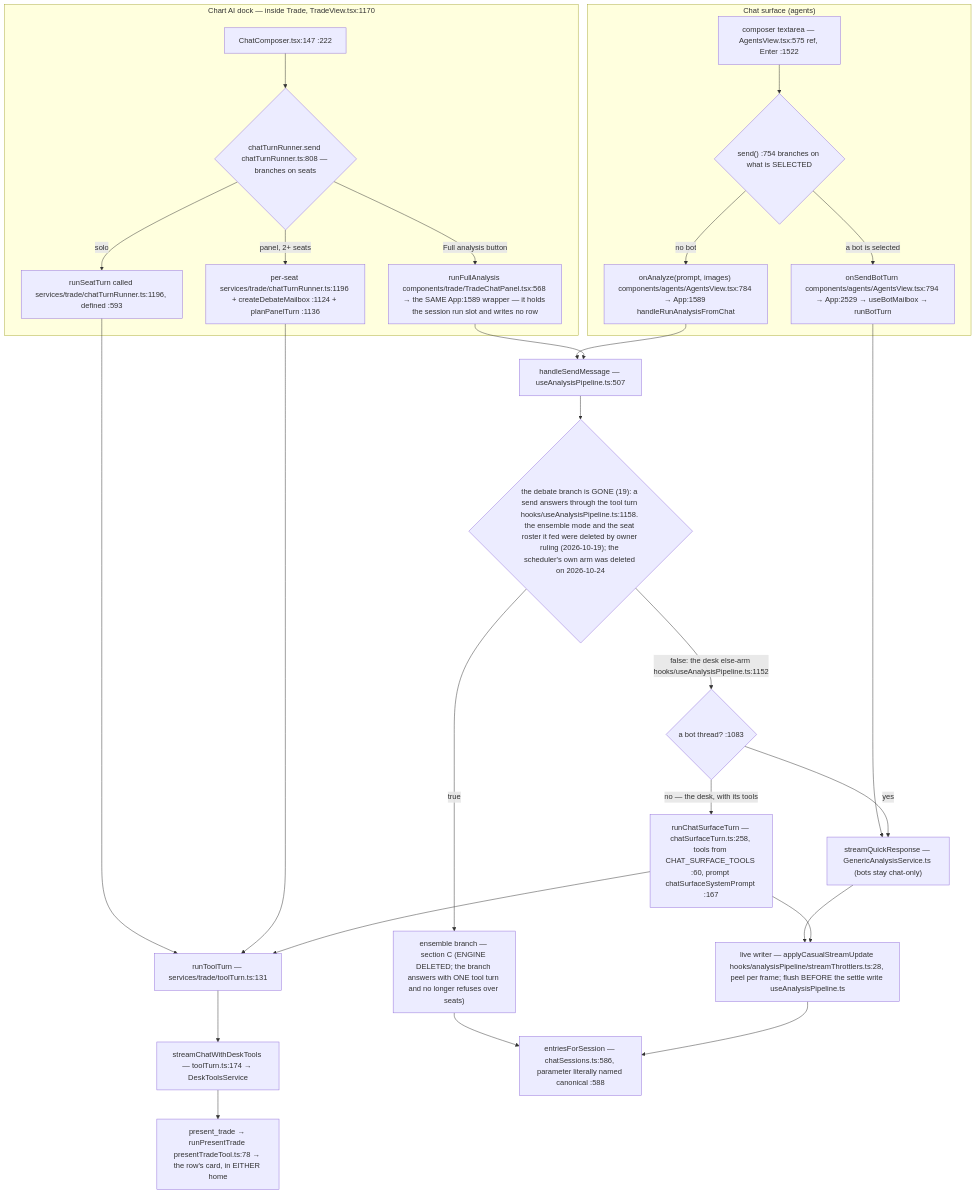
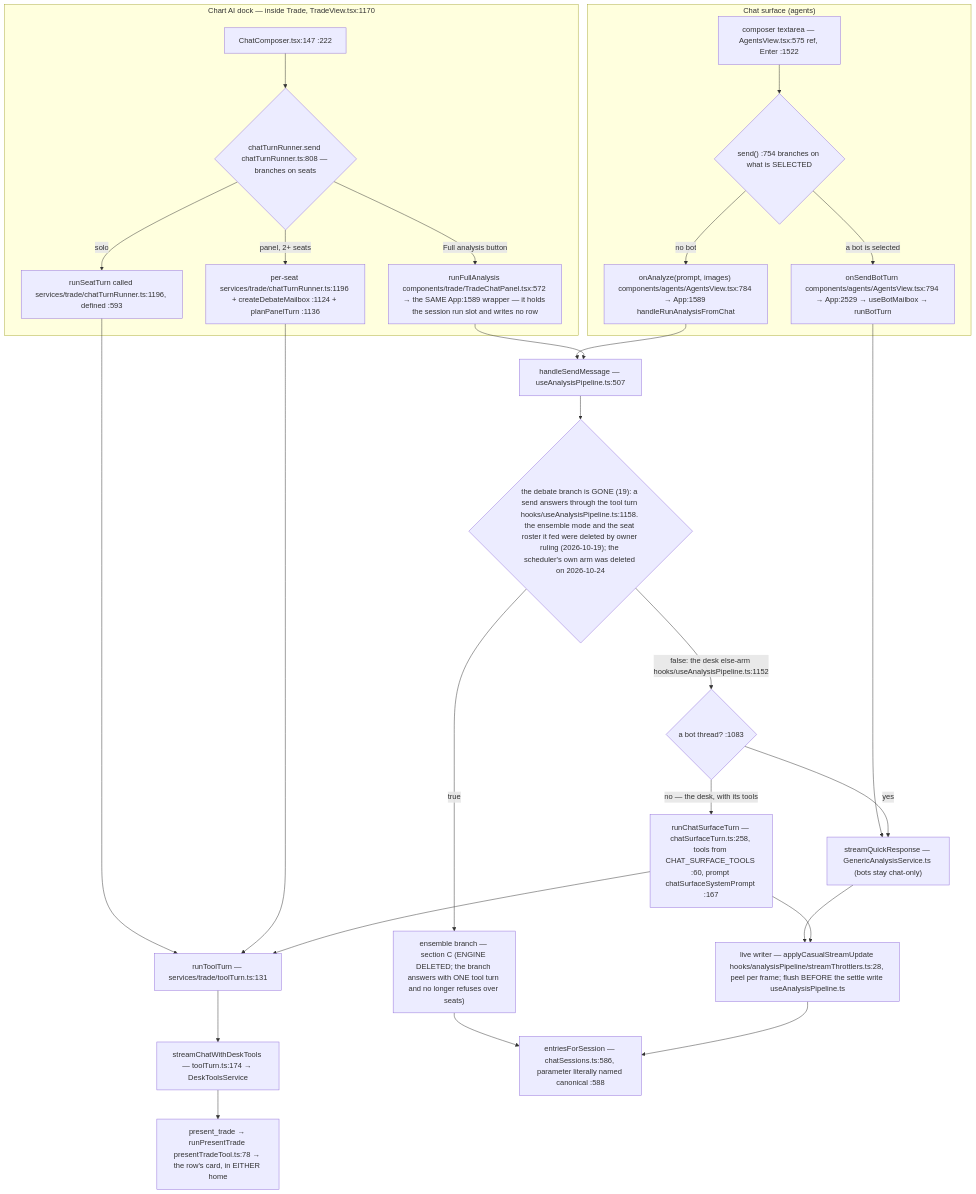
The second of 8 diagrams in docs/app-flow.md (Acepay25/august-3.5), drawn with Mermaid before and after one commit. The commit also changed other lines of this file and 4 other files, not shown here.

````diff
--- a/docs/app-flow.md
+++ b/docs/app-flow.md
@@ -78,31 +78,31 @@
 ```mermaid
 flowchart TD
     subgraph CHAT["Chat surface (agents)"]
         CB["composer textarea — AgentsView.tsx:575 ref, Enter :1522"] --> D1{"send() :754 branches on what is SELECTED"}
         D1 -->|a bot is selected| BOT["onSendBotTurn components/agents/AgentsView.tsx:794 → App:2529 → useBotMailbox → runBotTurn"]
         D1 -->|no bot| AN["onAnalyze(prompt, images) components/agents/AgentsView.tsx:784 → App:1589 handleRunAnalysisFromChat"]
     end
     subgraph DOCK["Chart AI dock — inside Trade, TradeView.tsx:1170"]
         DC["ChatComposer.tsx:147 :222"] --> D2{"chatTurnRunner.send chatTurnRunner.ts:808 — branches on seats"}
         D2 -->|solo| SO["runSeatTurn called services/trade/chatTurnRunner.ts:1196, defined :593"]
         D2 -->|panel, 2+ seats| PN["per-seat services/trade/chatTurnRunner.ts:1196 + createDebateMailbox :1124 + planPanelTurn :1136"]
-        D2 -->|Full analysis button| FA["runFullAnalysis components/trade/TradeChatPanel.tsx:568 → the SAME App:1589 wrapper — it holds the session run slot and writes no row"]
+        D2 -->|Full analysis button| FA["runFullAnalysis components/trade/TradeChatPanel.tsx:572 → the SAME App:1589 wrapper — it holds the session run slot and writes no row"]
     end
     SO --> TT["runToolTurn — services/trade/toolTurn.ts:131"]
     PN --> TT
     TT --> SCDT["streamChatWithDeskTools — toolTurn.ts:174 → DeskToolsService"]
     BOT --> TR["streamQuickResponse — GenericAnalysisService.ts (bots stay chat-only)"]
     AN --> HSM["handleSendMessage — useAnalysisPipeline.ts:507"]
     FA --> HSM
     HSM --> D3{"the debate branch is GONE (19): a send answers through the tool turn hooks/useAnalysisPipeline.ts:1158. the ensemble mode and the seat roster it fed were deleted by owner ruling (2026-10-19); the scheduler's own arm was deleted on 2026-10-24"}
     D3 -->|true| ENS["ensemble branch — section C (ENGINE DELETED; the branch answers with ONE tool turn and no longer refuses over seats)"]
     D3 -->|false: the desk else-arm hooks/useAnalysisPipeline.ts:1152| SPLIT{"a bot thread? :1083"}
     SPLIT -->|yes| TR
     SPLIT -->|no — the desk, with its tools| CST["runChatSurfaceTurn — chatSurfaceTurn.ts:258, tools from CHAT_SURFACE_TOOLS :60, prompt chatSurfaceSystemPrompt :167"]
     CST --> TT
     TR --> LW["live writer — applyCasualStreamUpdate hooks/analysisPipeline/streamThrottlers.ts:28, peel per frame; flush BEFORE the settle write useAnalysisPipeline.ts"]
     CST --> LW
     ENS --> MERGE
     LW --> MERGE["entriesForSession — chatSessions.ts:586, parameter literally named canonical :588"]
     SCDT --> PT["present_trade → runPresentTrade presentTradeTool.ts:78 → the row's card, in EITHER home"]
 ```
````
